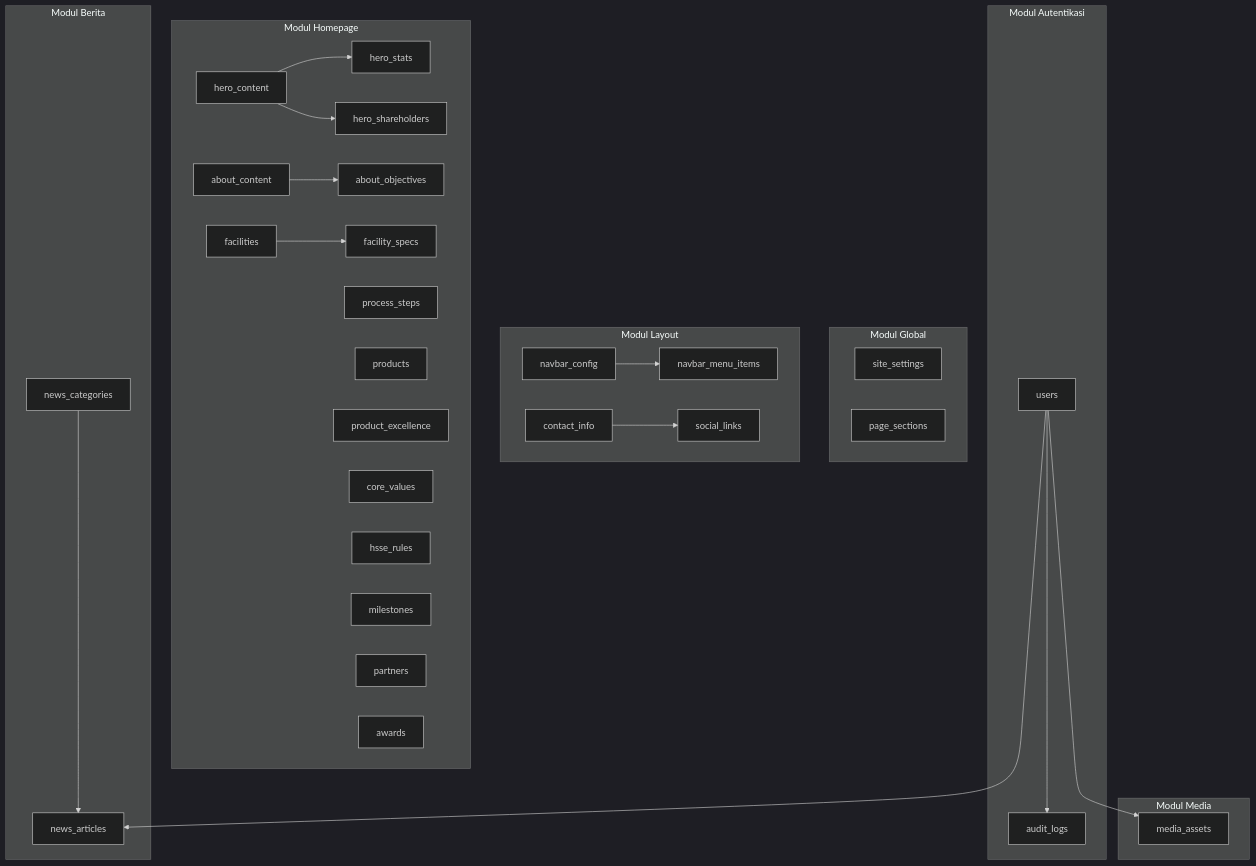
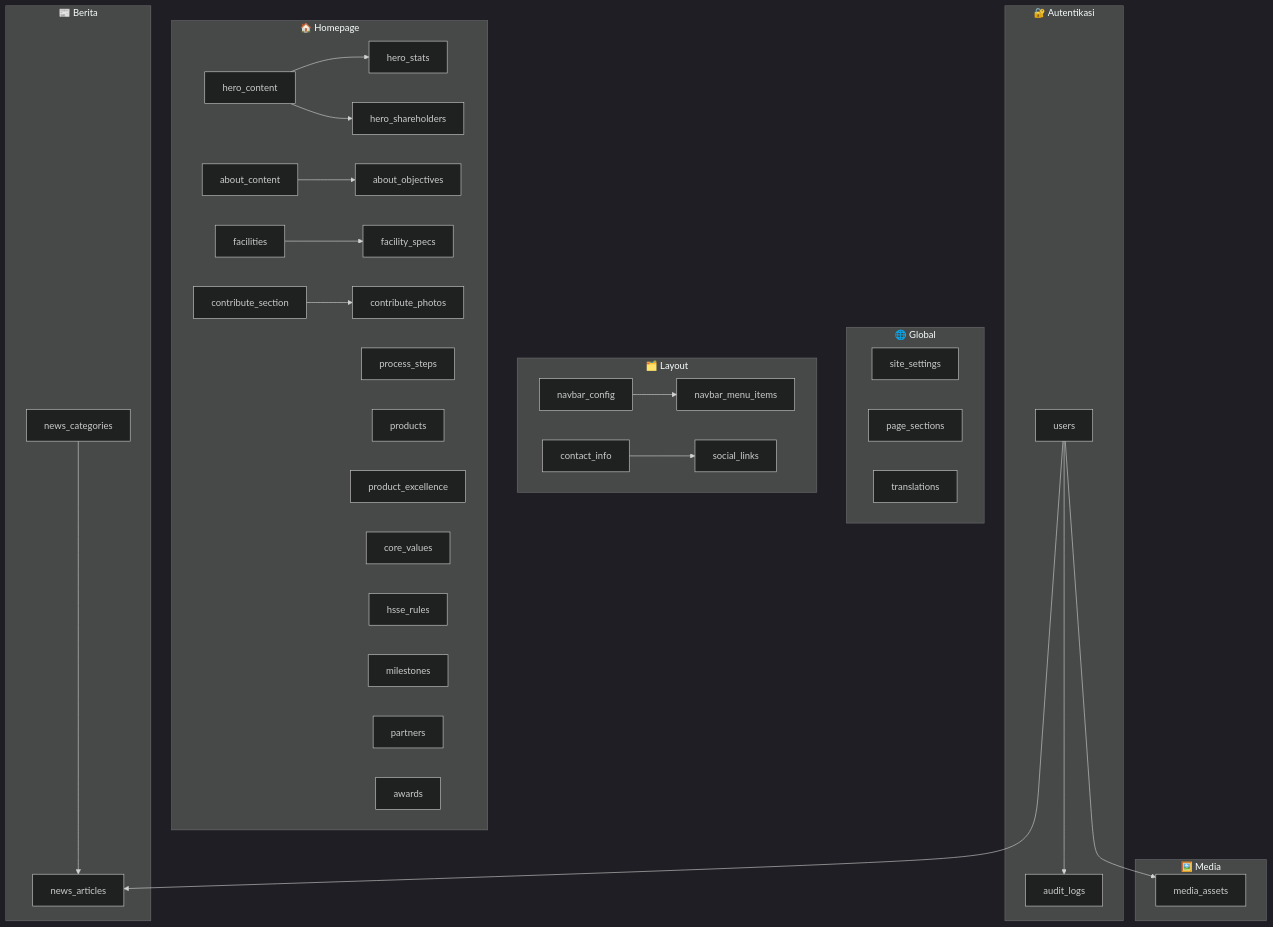
Before and after one commit to farhandwicahyo/Website_Comprof_PSGAS: the second of 2 diagrams in docs/DATABASE.md, drawn with Mermaid (dark theme). The commit also changed other lines of this file and 46 other files, not shown here.

````diff
--- a/docs/DATABASE.md
+++ b/docs/DATABASE.md
@@ -340,57 +421,44 @@
 ```mermaid
 flowchart TB
-    subgraph AUTH["Modul Autentikasi"]
-        users
-        audit_logs
+    subgraph AUTH["🔐 Autentikasi"]
+        users --> audit_logs
     end
 
-    subgraph GLOBAL["Modul Global"]
+    subgraph GLOBAL["🌐 Global"]
         site_settings
         page_sections
+        translations
     end
 
-    subgraph LAYOUT["Modul Layout"]
-        navbar_config
-        navbar_menu_items
-        contact_info
-        social_links
+    subgraph LAYOUT["🗂️ Layout"]
+        navbar_config --> navbar_menu_items
+        contact_info --> social_links
     end
 
-    subgraph HOME["Modul Homepage"]
-        hero_content
-        hero_stats
-        hero_shareholders
-        about_content
-        about_objectives
+    subgraph HOME["🏠 Homepage"]
+        hero_content --> hero_stats
+        hero_content --> hero_shareholders
+        about_content --> about_objectives
         process_steps
-        facilities
-        facility_specs
+        facilities --> facility_specs
         products
         product_excellence
         core_values
         hsse_rules
         milestones
         partners
         awards
+        contribute_section --> contribute_photos
     end
 
-    subgraph NEWS["Modul Berita"]
-        news_categories
-        news_articles
+    subgraph NEWS["📰 Berita"]
+        news_categories --> news_articles
     end
 
-    subgraph MEDIA["Modul Media"]
+    subgraph MEDIA["🖼️ Media"]
         media_assets
     end
 
-    users --> audit_logs
     users --> news_articles
-    hero_content --> hero_stats
-    hero_content --> hero_shareholders
-    navbar_config --> navbar_menu_items
-    about_content --> about_objectives
-    facilities --> facility_specs
-    news_categories --> news_articles
-    contact_info --> social_links
     users --> media_assets
 ```
````
